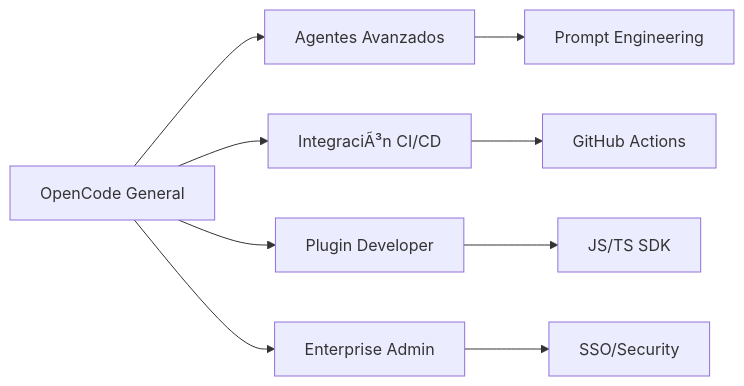
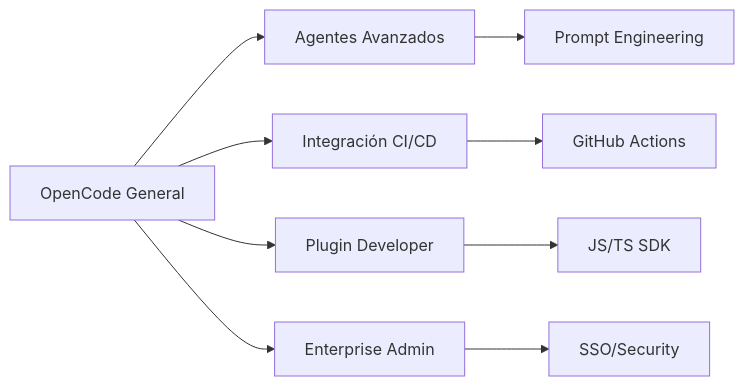
One commit to EduMMorenolp/GuiasHerramientasDesarrollo changed the diagram in 07 - IA y Tooling/01 - OpenCode/09 - Módulo 9 - Novedades, Troubleshooting y Próximos Pasos.md. Above: the diagram before and after it, drawn with Mermaid. The commit also changed other lines of this file and 147 other files, not shown here.

````diff
--- a/07 - IA y Tooling/01 - OpenCode/09 - Módulo 9 - Novedades, Troubleshooting y Próximos Pasos.md
+++ b/07 - IA y Tooling/01 - OpenCode/09 - Módulo 9 - Novedades, Troubleshooting y Próximos Pasos.md
@@ -108,12 +108,12 @@
 ```mermaid
 flowchart LR
     A[OpenCode General] --> B[Agentes Avanzados]
-    A --> C[IntegraciÃ³n CI/CD]
+    A --> C[Integración CI/CD]
     A --> D[Plugin Developer]
     A --> E[Enterprise Admin]
     
     B --> B1[Prompt Engineering]
     C --> C1[GitHub Actions]
     D --> D1[JS/TS SDK]
     E --> E1[SSO/Security]
 ```
````
